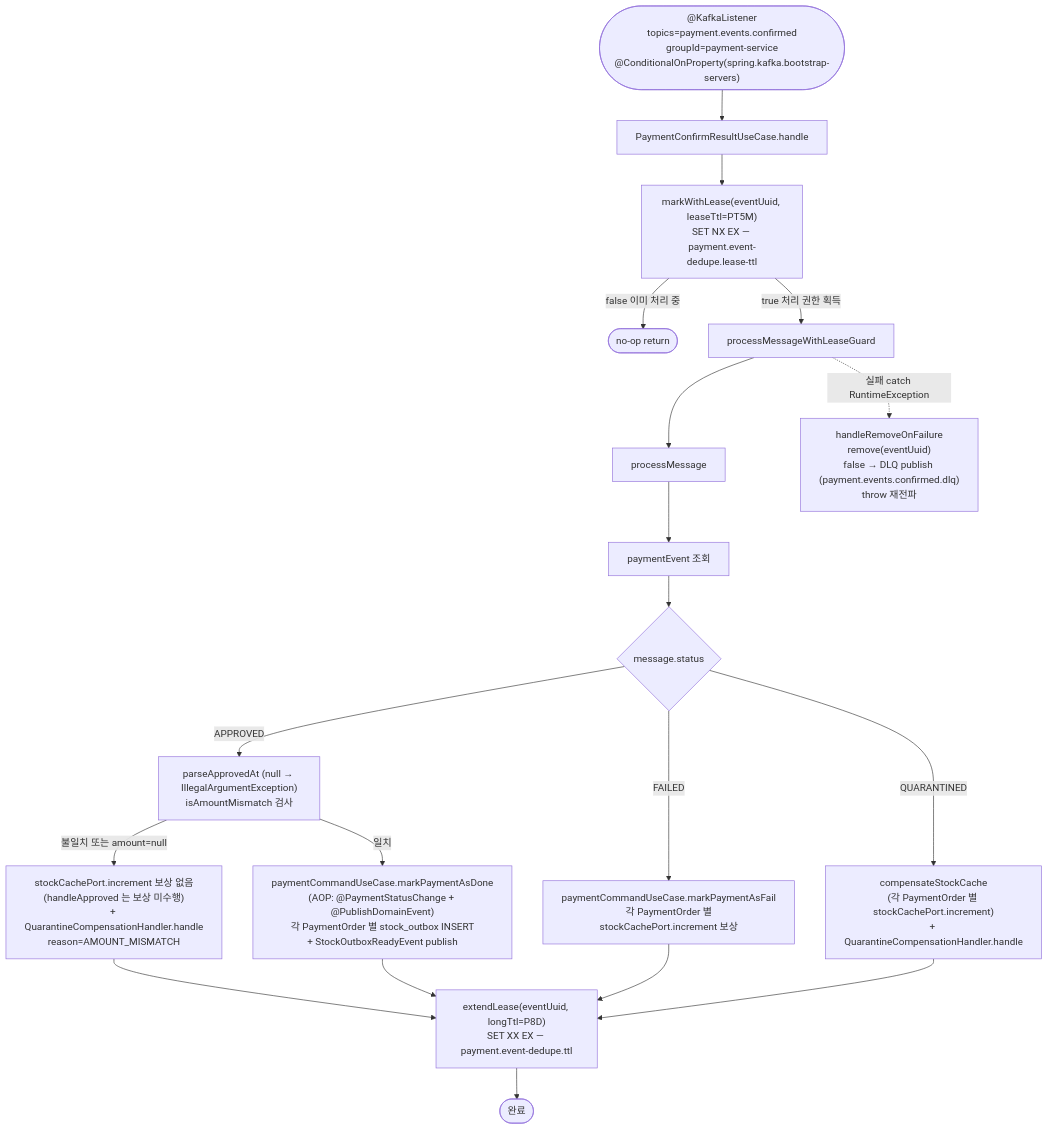
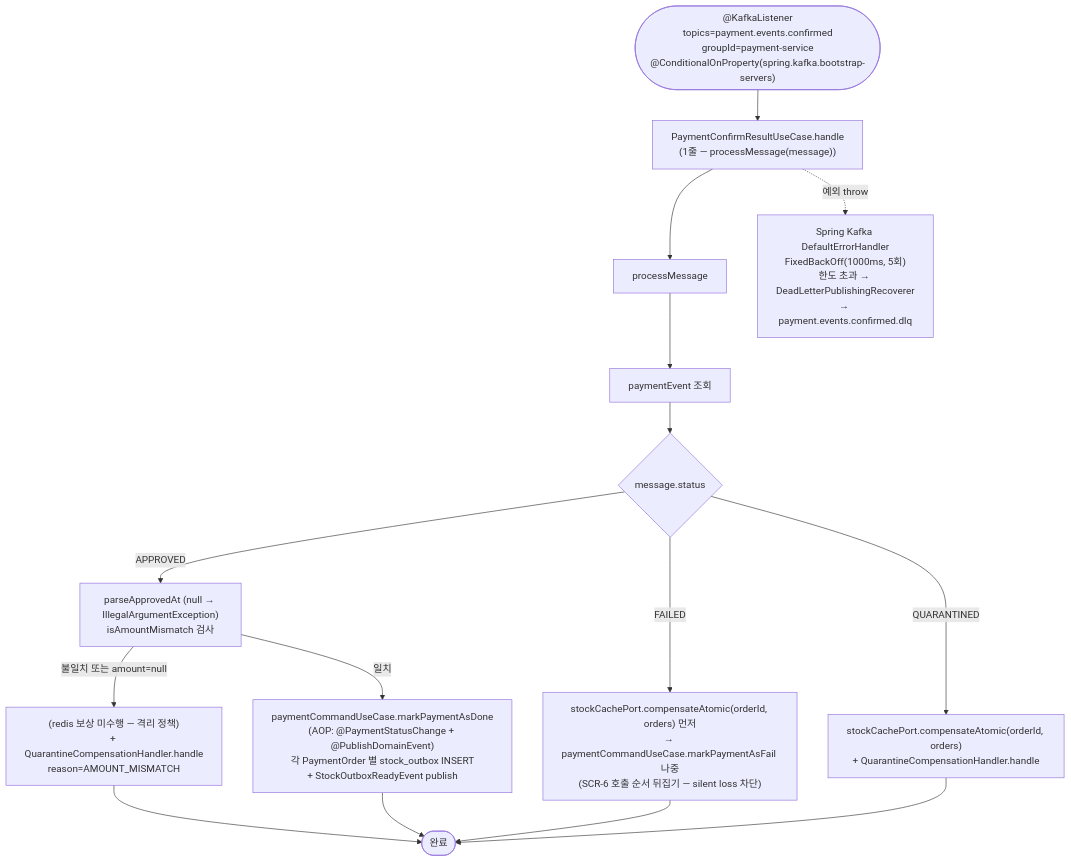
Before and after one commit to hyoguoo/payment-platform: the fourth of 9 diagrams in docs/context/CONFIRM-FLOW.md, drawn with Mermaid. The commit also changed other lines of this file and 18 other files, not shown here.

First line of the commit message:
docs: STOCK-COMPENSATION-RECOVERY 작업 완료 및 문서 아카이브

````diff
--- a/docs/context/CONFIRM-FLOW.md
+++ b/docs/context/CONFIRM-FLOW.md
@@ -116,28 +116,23 @@
 ```mermaid
 flowchart TD
-    KC(["@KafkaListener<br/>topics=payment.events.confirmed<br/>groupId=payment-service<br/>@ConditionalOnProperty(spring.kafka.bootstrap-servers)"]) --> UC[PaymentConfirmResultUseCase.handle]
+    KC(["@KafkaListener<br/>topics=payment.events.confirmed<br/>groupId=payment-service<br/>@ConditionalOnProperty(spring.kafka.bootstrap-servers)"]) --> UC["PaymentConfirmResultUseCase.handle<br/>(1줄 — processMessage(message))"]
 
-    UC --> MARK["markWithLease(eventUuid, leaseTtl=PT5M)<br/>SET NX EX — payment.event-dedupe.lease-ttl"]
-    MARK -->|false 이미 처리 중| SKIP([no-op return])
-    MARK -->|true 처리 권한 획득| PROC[processMessageWithLeaseGuard]
-
-    PROC --> MSG[processMessage]
+    UC --> MSG[processMessage]
     MSG --> LOAD[paymentEvent 조회]
     LOAD --> SW{message.status}
 
     SW -->|APPROVED| AMT["parseApprovedAt (null → IllegalArgumentException)<br/>isAmountMismatch 검사"]
-    AMT -->|불일치 또는 amount=null| QU_AM["stockCachePort.increment 보상 없음<br/>(handleApproved 는 보상 미수행)<br/>+ QuarantineCompensationHandler.handle<br/>reason=AMOUNT_MISMATCH"]
+    AMT -->|불일치 또는 amount=null| QU_AM["(redis 보상 미수행 — 격리 정책)<br/>+ QuarantineCompensationHandler.handle<br/>reason=AMOUNT_MISMATCH"]
     AMT -->|일치| DONE_OK["paymentCommandUseCase.markPaymentAsDone<br/>(AOP: @PaymentStatusChange + @PublishDomainEvent)<br/>각 PaymentOrder 별 stock_outbox INSERT<br/>+ StockOutboxReadyEvent publish"]
 
-    SW -->|FAILED| FAIL_OK["paymentCommandUseCase.markPaymentAsFail<br/>각 PaymentOrder 별<br/>stockCachePort.increment 보상"]
+    SW -->|FAILED| FAIL_OK["stockCachePort.compensateAtomic(orderId, orders) 먼저<br/>→ paymentCommandUseCase.markPaymentAsFail 나중<br/>(SCR-6 호출 순서 뒤집기 — silent loss 차단)"]
 
-    SW -->|QUARANTINED| QU_PG["compensateStockCache<br/>(각 PaymentOrder 별 stockCachePort.increment)<br/>+ QuarantineCompensationHandler.handle"]
+    SW -->|QUARANTINED| QU_PG["stockCachePort.compensateAtomic(orderId, orders)<br/>+ QuarantineCompensationHandler.handle"]
 
-    DONE_OK --> EXT["extendLease(eventUuid, longTtl=P8D)<br/>SET XX EX — payment.event-dedupe.ttl"]
-    FAIL_OK --> EXT
-    QU_AM --> EXT
-    QU_PG --> EXT
-    EXT --> END([완료])
+    DONE_OK --> END([완료])
+    FAIL_OK --> END
+    QU_AM --> END
+    QU_PG --> END
 
-    PROC -.실패 catch RuntimeException.-> RM["handleRemoveOnFailure<br/>remove(eventUuid)<br/>false → DLQ publish (payment.events.confirmed.dlq)<br/>throw 재전파"]
+    UC -.예외 throw.-> ERR["Spring Kafka DefaultErrorHandler<br/>FixedBackOff(1000ms, 5회)<br/>한도 초과 → DeadLetterPublishingRecoverer<br/>→ payment.events.confirmed.dlq"]
 ```
````
